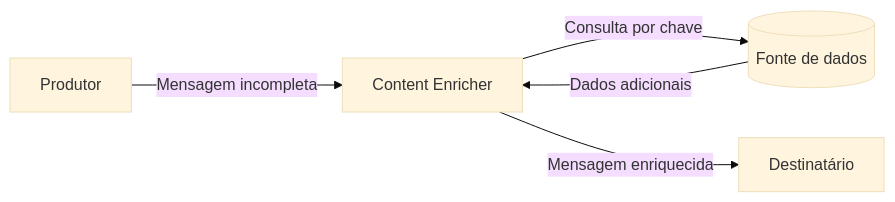
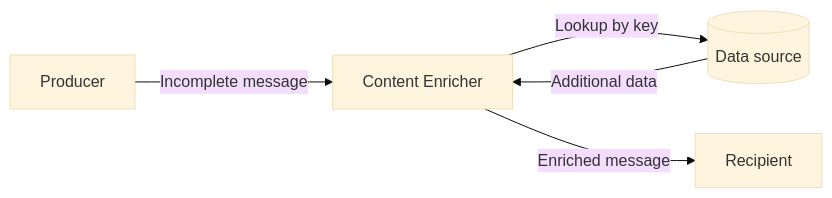
One commit to alancesar/design-patterns changed the diagram in docs/architecture/eip/message-transformation/content-enricher.md. Above: the diagram before and after it, drawn with Mermaid (base theme). The commit also changed 258 other files, not shown here.

First line of the commit message:
Translate Mermaid diagrams to English

````diff
--- a/docs/architecture/eip/message-transformation/content-enricher.md
+++ b/docs/architecture/eip/message-transformation/content-enricher.md
@@ -55,7 +55,7 @@
 ```mermaid
 flowchart LR
-    P["Produtor"] -->|"Mensagem incompleta"| E["Content Enricher"]
-    E -->|"Consulta por chave"| F[("Fonte de dados")]
-    F -->|"Dados adicionais"| E
-    E -->|"Mensagem enriquecida"| D["Destinatário"]
+    P["Producer"] -->|"Incomplete message"| E["Content Enricher"]
+    E -->|"Lookup by key"| F[("Data source")]
+    F -->|"Additional data"| E
+    E -->|"Enriched message"| D["Recipient"]
 ```
````
